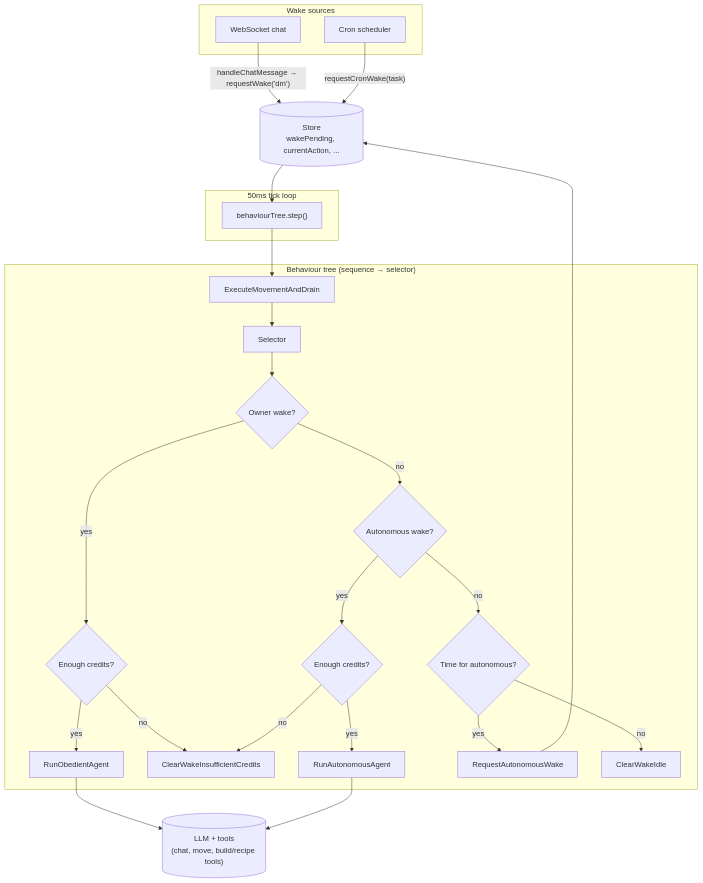
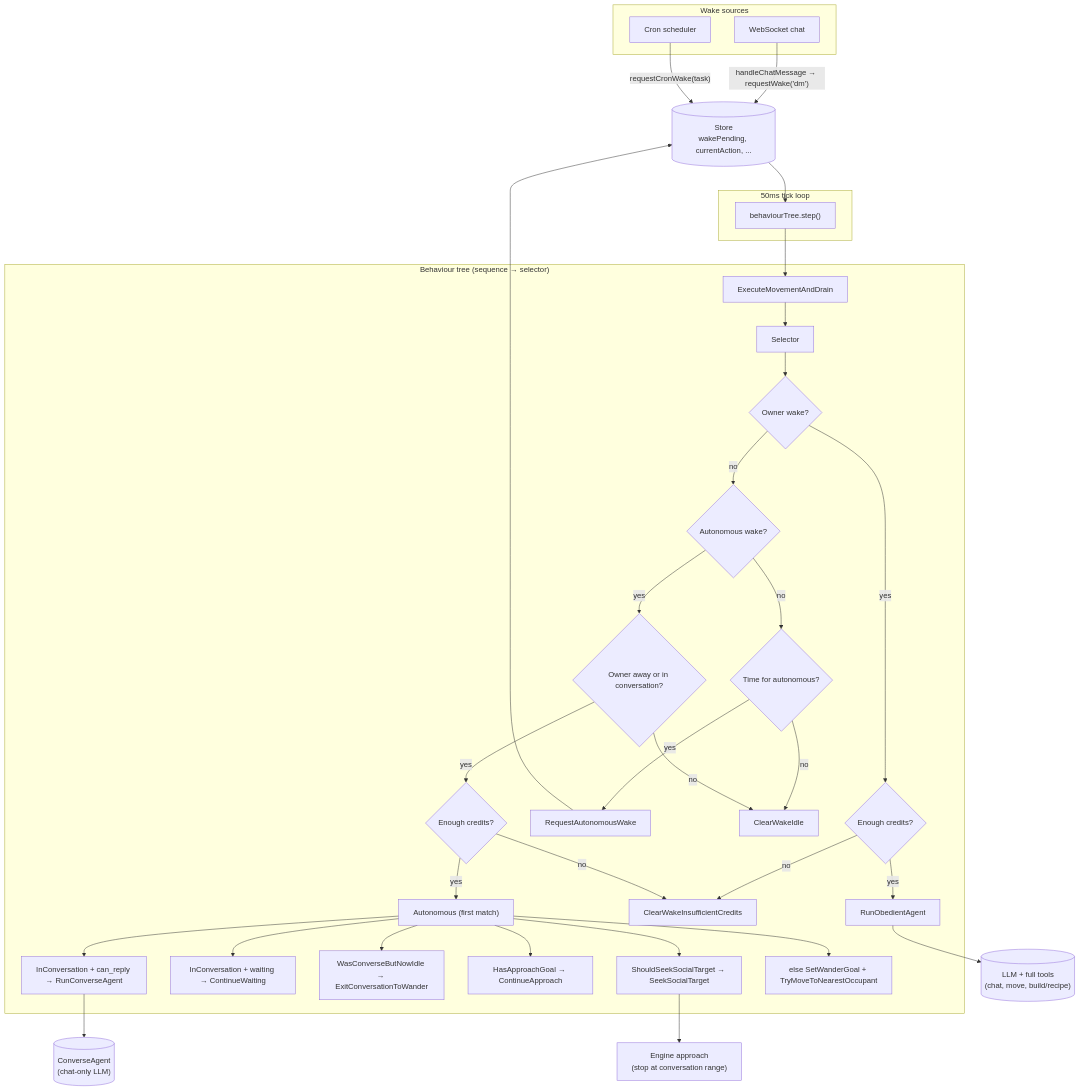
One commit to doppelfun/sdk changed the diagram in packages/claw/README.md. Above: the diagram before and after it, drawn with Mermaid. The commit also changed other lines of this file and 1 other file, not shown here.

Commit message:
docs: update SDK and Claw READMEs for Obedient vs Autonomous flow
- SDK README: Claw package description (behaviour tree, Obedient vs Autonomous, ConverseAgent)
- Claw README: Obedient vs Autonomous explanation; mermaid diagram with OwnerAwayOrInConversation, RunConverseAgent, SeekSocialTarget, ExitConversationToWander, conversation cap

Made-with: Cursor

````diff
--- a/packages/claw/README.md
+++ b/packages/claw/README.md
@@ -102,37 +105,46 @@
 ```mermaid
 flowchart TB
   subgraph sources["Wake sources"]
     WS["WebSocket chat"]
     Cron["Cron scheduler"]
   end
 
   Store[("Store\nwakePending, currentAction, ...")]
 
   subgraph loop["50ms tick loop"]
     Step["behaviourTree.step()"]
   end
 
   subgraph tree["Behaviour tree (sequence → selector)"]
     Move["ExecuteMovementAndDrain"]
     Move --> Branch["Selector"]
     Branch --> O1{"Owner wake?"}
     O1 -->|yes| C1{"Enough credits?"}
     C1 -->|yes| Obedient["RunObedientAgent"]
     C1 -->|no| Clear["ClearWakeInsufficientCredits"]
     O1 -->|no| A1{"Autonomous wake?"}
-    A1 -->|yes| C2{"Enough credits?"}
-    C2 -->|yes| Autonomous["RunAutonomousAgent"]
-    C2 -->|no| Clear
     A1 -->|no| T1{"Time for autonomous?"}
     T1 -->|yes| ReqAuto["RequestAutonomousWake"]
     T1 -->|no| Idle["ClearWakeIdle"]
+    A1 -->|yes| A2{"Owner away or in conversation?"}
+    A2 -->|no| Idle
+    A2 -->|yes| C2{"Enough credits?"}
+    C2 -->|no| Clear
+    C2 -->|yes| AutoSel["Autonomous (first match)"]
+    AutoSel --> Converse["InConversation + can_reply → RunConverseAgent"]
+    AutoSel --> Wait["InConversation + waiting → ContinueWaiting"]
+    AutoSel --> Exit["WasConverseButNowIdle → ExitConversationToWander"]
+    AutoSel --> ContApproach["HasApproachGoal → ContinueApproach"]
+    AutoSel --> SeekSocial["ShouldSeekSocialTarget → SeekSocialTarget"]
+    AutoSel --> Wander["else SetWanderGoal + TryMoveToNearestOccupant"]
   end
 
   WS -->|"handleChatMessage → requestWake('dm')"| Store
   Cron -->|"requestCronWake(task)"| Store
   ReqAuto --> Store
   Store --> Step
   Step --> Move
-  Obedient --> LLM[("LLM + tools\n(chat, move, build/recipe tools)")]
-  Autonomous --> LLM
+  Obedient --> LLMFull[("LLM + full tools\n(chat, move, build/recipe)")]
+  Converse --> LLMChat[("ConverseAgent\n(chat-only LLM)")]
+  SeekSocial --> Engine["Engine approach\n(stop at conversation range)"]
 ```
````
